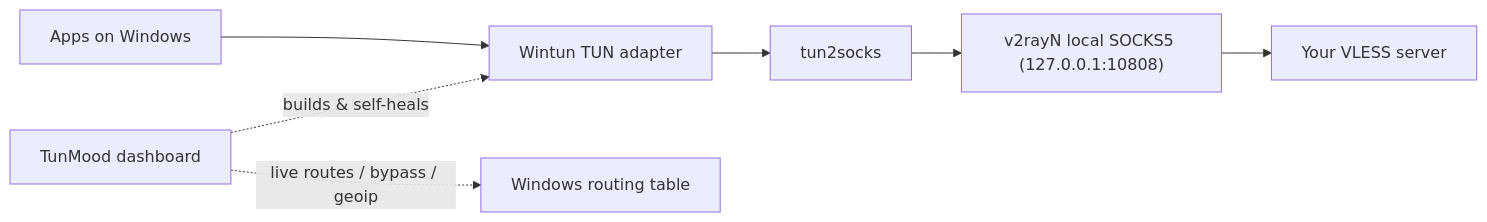
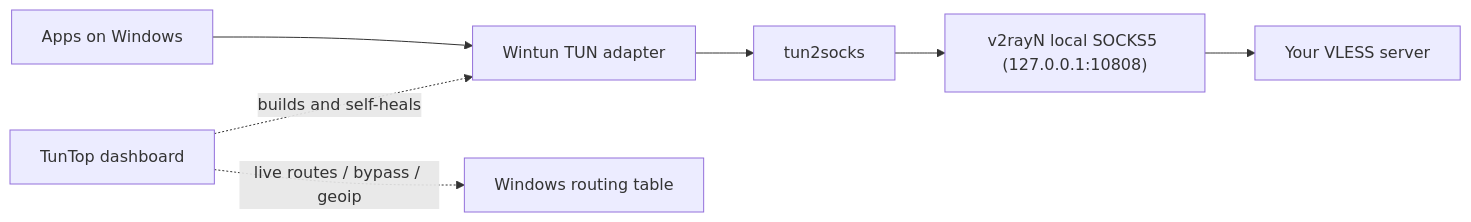
Before and after one commit to kooshaZP/TunTop: the diagram in README.md, drawn with Mermaid. The commit also changed other lines of this file and 30 other files, not shown here.

First line of the commit message:
Phase 12+13: rebrand to TunTop + user-first README rewrite

````diff
--- a/README.md
+++ b/README.md
@@ -70,9 +61,9 @@
 ```mermaid
 flowchart LR
     A[Apps on Windows] --> B[Wintun TUN adapter]
     B --> C[tun2socks]
     C --> D["v2rayN local SOCKS5 (127.0.0.1:10808)"]
     D --> E[Your VLESS server]
-    F[TunMood dashboard] -. builds & self-heals .-> B
+    F[TunTop dashboard] -. builds and self-heals .-> B
     F -. live routes / bypass / geoip .-> G[Windows routing table]
 ```
````
